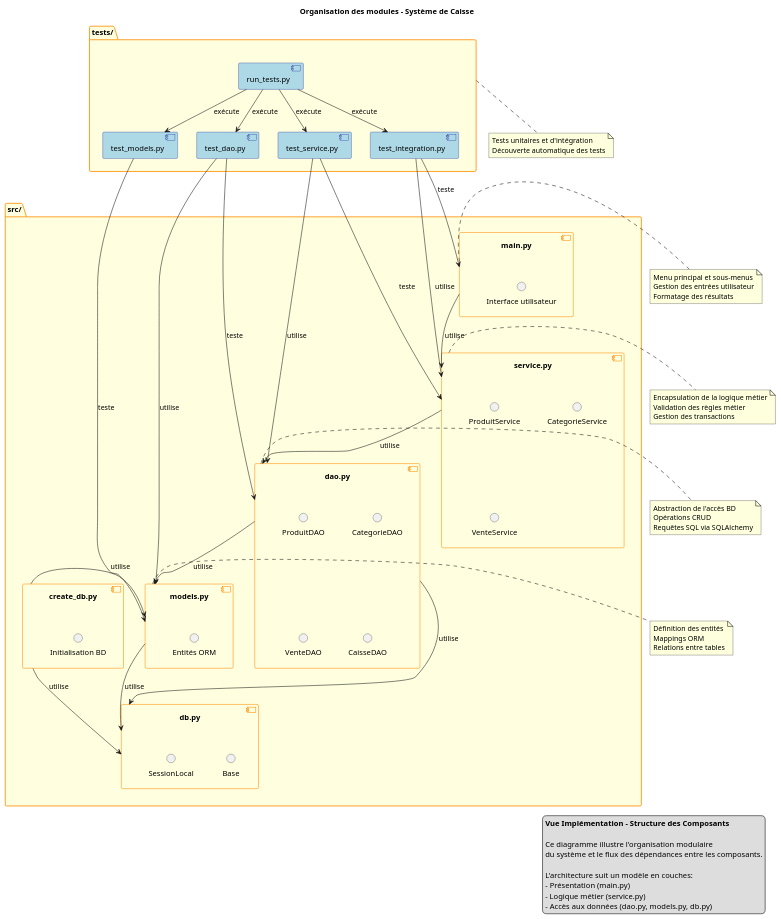
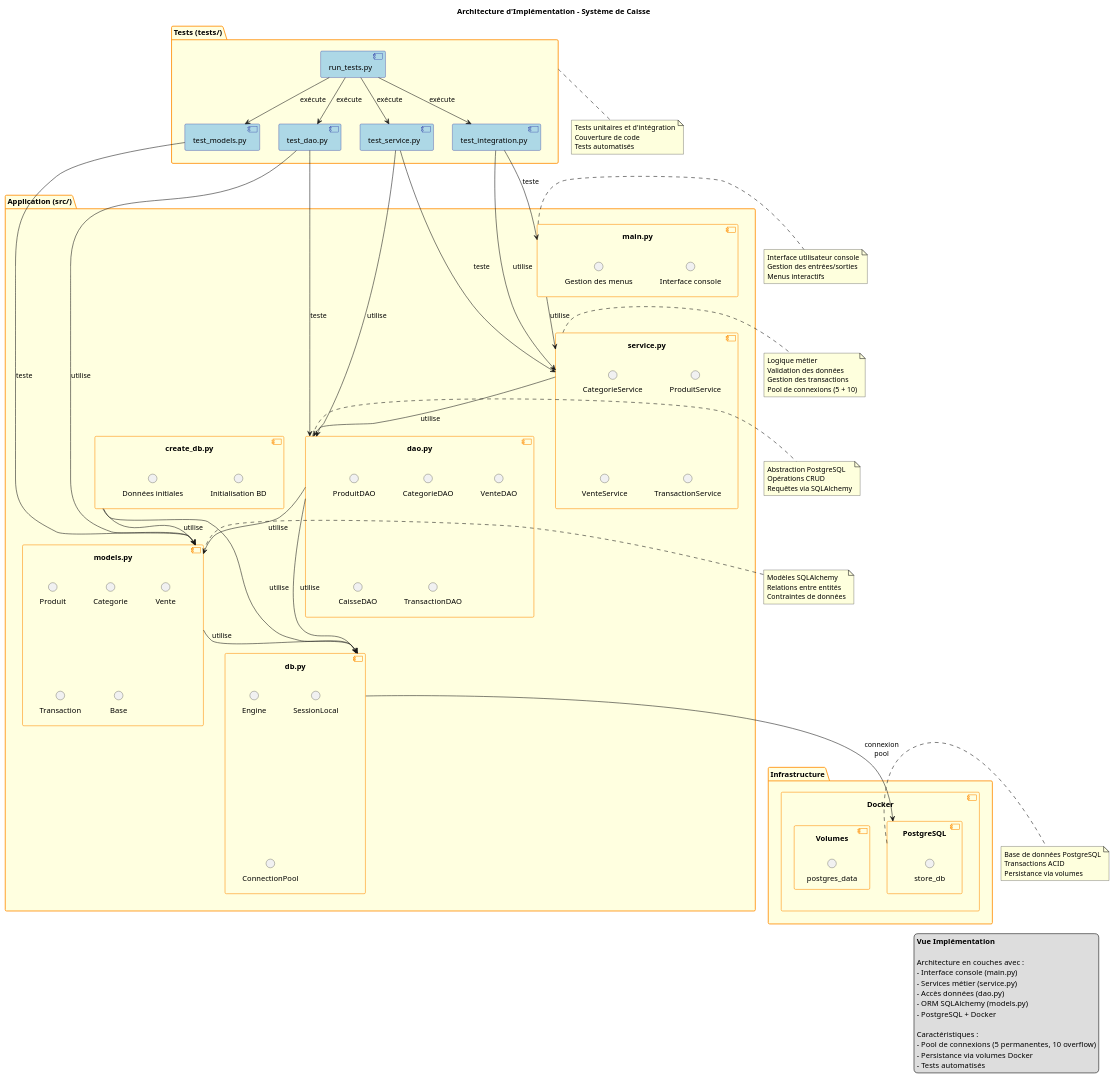
Before and after one commit to Louqman-ETS/log430-labo-07: the diagram in docs/UML/vue_implementation.puml, drawn with PlantUML. The commit also changed 16 other files, not shown here.

Commit message:
fix postgre sql

```diff
--- a/docs/UML/vue_implementation.puml
+++ b/docs/UML/vue_implementation.puml
@@ -1,134 +1,160 @@
 @startuml Vue Implémentation
 
 ' Définition des styles
 skinparam component {
     BackgroundColor LightBlue
     BorderColor DarkBlue
     FontColor Black
 }
 
 skinparam package {
     BackgroundColor LightYellow
     BorderColor DarkOrange
     FontColor Black
 }
 
 ' Définition des composants
-package "src/" {
+package "Application (src/)" {
     ' Couche de présentation
     component "main.py" as Main {
-        interface "Interface utilisateur"
+        interface "Interface console"
+        interface "Gestion des menus"
     }
     
     ' Couche métier
     component "service.py" as Service {
         interface "ProduitService"
         interface "CategorieService"
         interface "VenteService"
+        interface "TransactionService"
     }
     
     ' Couche d'accès aux données
     component "dao.py" as DAO {
         interface "ProduitDAO"
         interface "CategorieDAO"
         interface "VenteDAO"
         interface "CaisseDAO"
+        interface "TransactionDAO"
     }
     
     ' Modèles et configuration
     component "models.py" as Models {
-        interface "Entités ORM"
+        interface "Produit"
+        interface "Categorie"
+        interface "Vente"
+        interface "Transaction"
+        interface "Base"
     }
     
     component "db.py" as DB {
-        interface "Base"
+        interface "Engine"
         interface "SessionLocal"
+        interface "ConnectionPool"
     }
     
     component "create_db.py" as CreateDB {
         interface "Initialisation BD"
+        interface "Données initiales"
     }
 }
 
-package "tests/" as TestsPackage {
+package "Infrastructure" {
+    component "Docker" {
+        component "PostgreSQL" {
+            interface "store_db"
+        }
+        component "Volumes" {
+            interface "postgres_data"
+        }
+    }
+}
+
+package "Tests (tests/)" as TestsPackage {
     component "test_models.py" as TestModels
     component "test_dao.py" as TestDAO
     component "test_service.py" as TestService
     component "test_integration.py" as TestIntegration
     component "run_tests.py" as RunTests
 }
 
 ' Définition des relations entre composants
 Main --> Service : "utilise"
 Service --> DAO : "utilise"
 DAO --> Models : "utilise"
 DAO --> DB : "utilise"
 Models --> DB : "utilise"
 CreateDB --> Models : "utilise"
 CreateDB --> DB : "utilise"
+DB --> PostgreSQL : "connexion\npool"
 
 TestModels --> Models : "teste"
 TestDAO --> DAO : "teste"
 TestDAO --> Models : "utilise"
 TestService --> Service : "teste"
 TestService --> DAO : "utilise"
 TestIntegration --> Main : "teste"
 TestIntegration --> Service : "utilise"
 RunTests --> TestModels : "exécute"
 RunTests --> TestDAO : "exécute"
 RunTests --> TestService : "exécute"
 RunTests --> TestIntegration : "exécute"
 
-' Organisation visuelle
-Main -[hidden]-> Service
-Service -[hidden]-> DAO
-DAO -[hidden]-> Models
-Models -[hidden]-> DB
-DB -[hidden]-> CreateDB
-
-' Affichage de notes avec informations additionnelles
+' Notes explicatives
 note right of Main
-  Menu principal et sous-menus
-  Gestion des entrées utilisateur
-  Formatage des résultats
+  Interface utilisateur console
+  Gestion des entrées/sorties
+  Menus interactifs
 end note
 
 note right of Service
-  Encapsulation de la logique métier
-  Validation des règles métier
+  Logique métier
+  Validation des données
   Gestion des transactions
+  Pool de connexions (5 + 10)
 end note
 
 note right of DAO
-  Abstraction de l'accès BD
+  Abstraction PostgreSQL
   Opérations CRUD
-  Requêtes SQL via SQLAlchemy
+  Requêtes via SQLAlchemy
 end note
 
 note right of Models
-  Définition des entités
-  Mappings ORM
-  Relations entre tables
+  Modèles SQLAlchemy
+  Relations entre entités
+  Contraintes de données
+end note
+
+note right of PostgreSQL
+  Base de données PostgreSQL
+  Transactions ACID
+  Persistance via volumes
 end note
 
 note bottom of TestsPackage
   Tests unitaires et d'intégration
-  Découverte automatique des tests
+  Couverture de code
+  Tests automatisés
 end note
 
-' Ajouter un titre et une légende
-title Organisation des modules - Système de Caisse
+' Titre et légende
+title Architecture d'Implémentation - Système de Caisse
 
 legend right
-  <b>Vue Implémentation - Structure des Composants</b>
+  <b>Vue Implémentation</b>
   
-  Ce diagramme illustre l'organisation modulaire
-  du système et le flux des dépendances entre les composants.
+  Architecture en couches avec :
+  - Interface console (main.py)
+  - Services métier (service.py)
+  - Accès données (dao.py)
+  - ORM SQLAlchemy (models.py)
+  - PostgreSQL + Docker
   
-  L'architecture suit un modèle en couches:
-  - Présentation (main.py)
-  - Logique métier (service.py)
-  - Accès aux données (dao.py, models.py, db.py)
+  Caractéristiques :
+  - Pool de connexions (5 permanentes, 10 overflow)
+  - Persistance via volumes Docker
+  - Tests automatisés
 endlegend
 
 @enduml 
```
